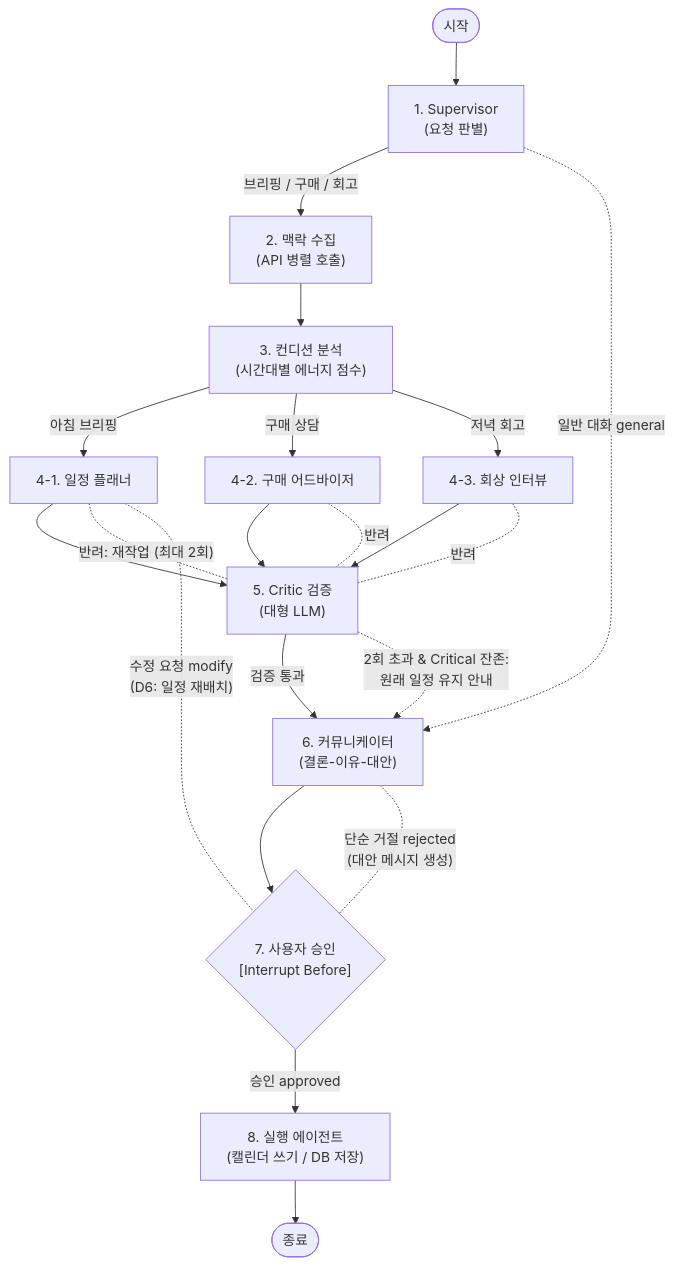
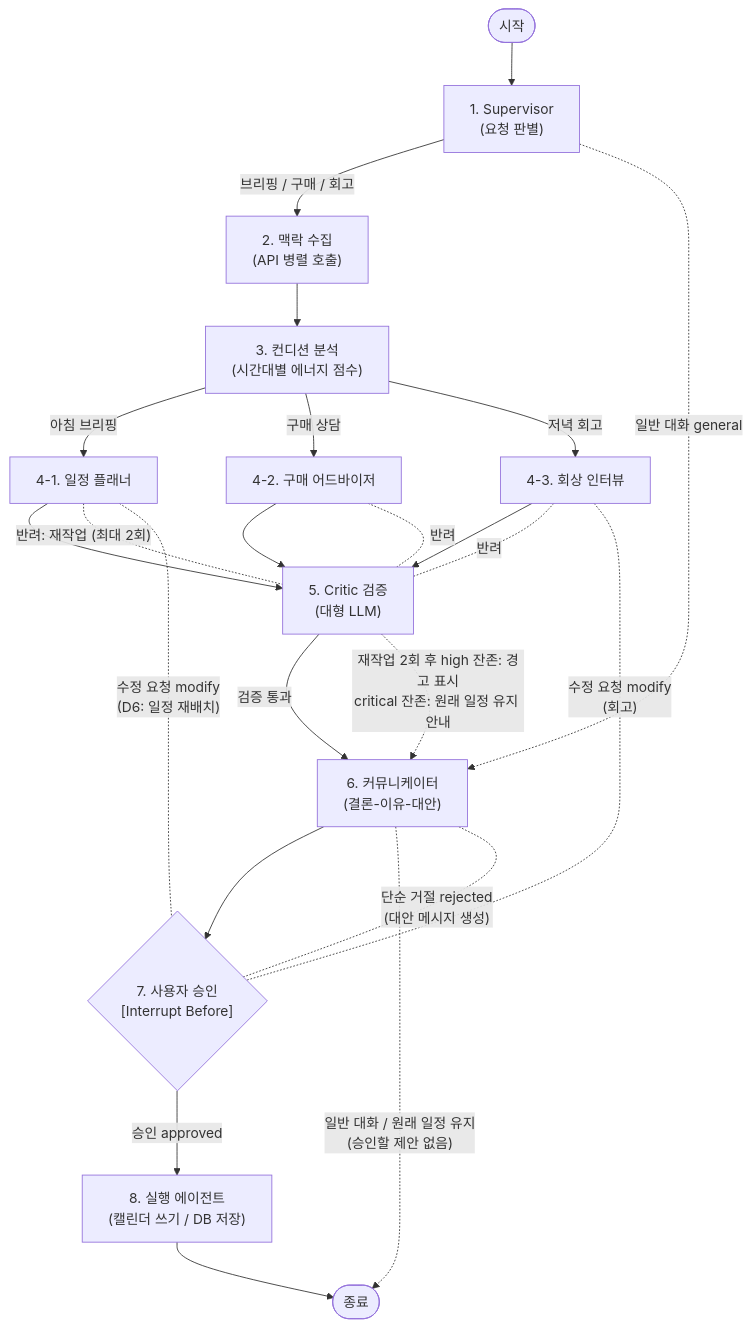
One commit to fcburf/personal-agent-core changed the diagram in README.md. Above: the diagram before and after it, drawn with Mermaid. The commit also changed other lines of this file and 2 other files, not shown here.

Commit message:
feat: Critic 판정 로직 정밀화 및 State 스키마 확정 (critic_verdict Literal, rejected_history, TypedDict 연결)

````diff
--- a/README.md
+++ b/README.md
@@ -18,26 +18,28 @@
 ```mermaid
 flowchart TD
     %% 메인 흐름(실선)을 먼저 선언: Mermaid는 선언 순서·화살표 방향으로 층을 배치함
     Start([시작]) --> Supervisor["1. Supervisor<br/>(요청 판별)"]
     Supervisor -->|브리핑 / 구매 / 회고| Context["2. 맥락 수집<br/>(API 병렬 호출)"]
     Context --> Condition["3. 컨디션 분석<br/>(시간대별 에너지 점수)"]
     Condition -->|아침 브리핑| Planner["4-1. 일정 플래너"]
     Condition -->|구매 상담| Advisor["4-2. 구매 어드바이저"]
     Condition -->|저녁 회고| Interview["4-3. 회상 인터뷰"]
     Planner --> Critic["5. Critic 검증<br/>(대형 LLM)"]
     Advisor --> Critic
     Interview --> Critic
     Critic -->|검증 통과| Communicator["6. 커뮤니케이터<br/>(결론-이유-대안)"]
     Communicator --> UserApproval{"7. 사용자 승인<br/>[Interrupt Before]"}
     UserApproval -->|승인 approved| ActionExecutor["8. 실행 에이전트<br/>(캘린더 쓰기 / DB 저장)"]
     ActionExecutor --> End([종료])
 
     %% 분기·루프(점선). 되돌아가는 화살표는 "A <-.- B"로 써서 배치가 꼬이지 않게 함
     Supervisor -.->|일반 대화 general| Communicator
     Planner <-.-|"반려: 재작업 (최대 2회)"| Critic
     Advisor <-.-|반려| Critic
     Interview <-.-|반려| Critic
-    Critic -.->|"2회 초과 & Critical 잔존:<br/>원래 일정 유지 안내"| Communicator
+    Critic -.->|"재작업 2회 후 high 잔존: 경고 표시<br/>critical 잔존: 원래 일정 유지 안내"| Communicator
     Planner <-.-|"수정 요청 modify<br/>(D6: 일정 재배치)"| UserApproval
+    Interview <-.-|"수정 요청 modify<br/>(회고)"| UserApproval
+    Communicator -.->|"일반 대화 / 원래 일정 유지<br/>(승인할 제안 없음)"| End
     Communicator <-.-|"단순 거절 rejected<br/>(대안 메시지 생성)"| UserApproval
 ```
````
